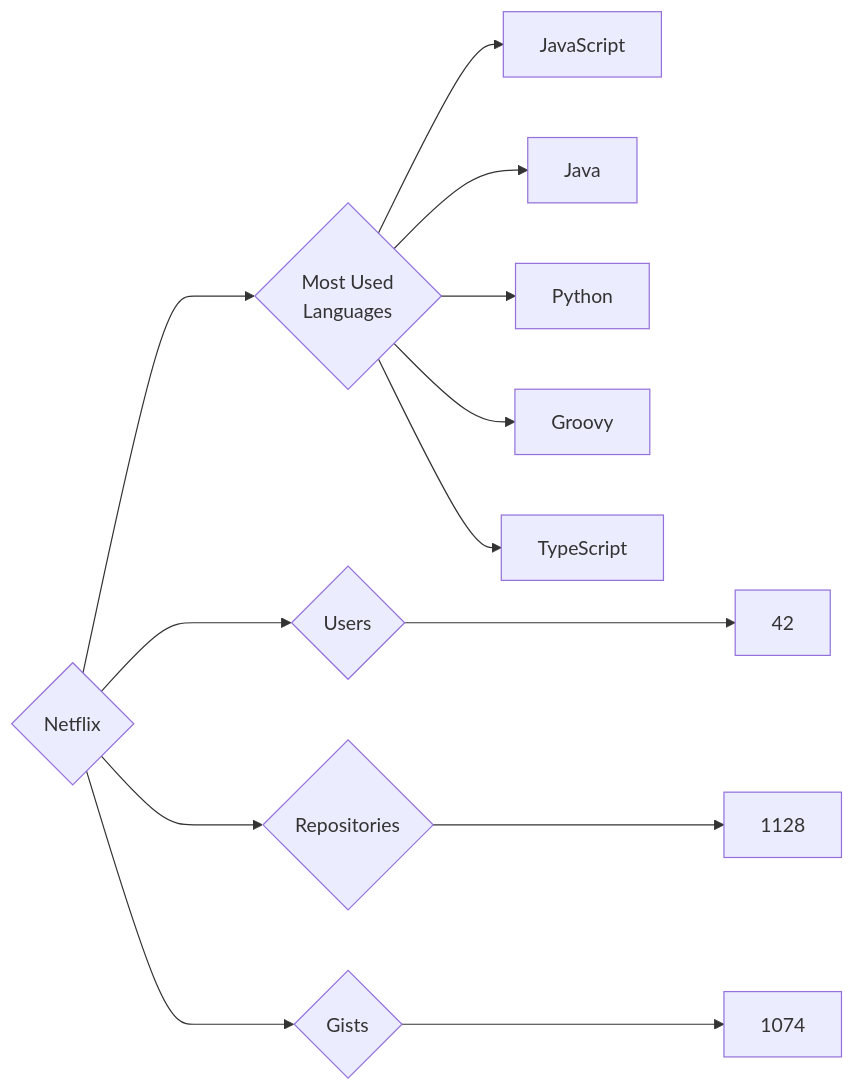
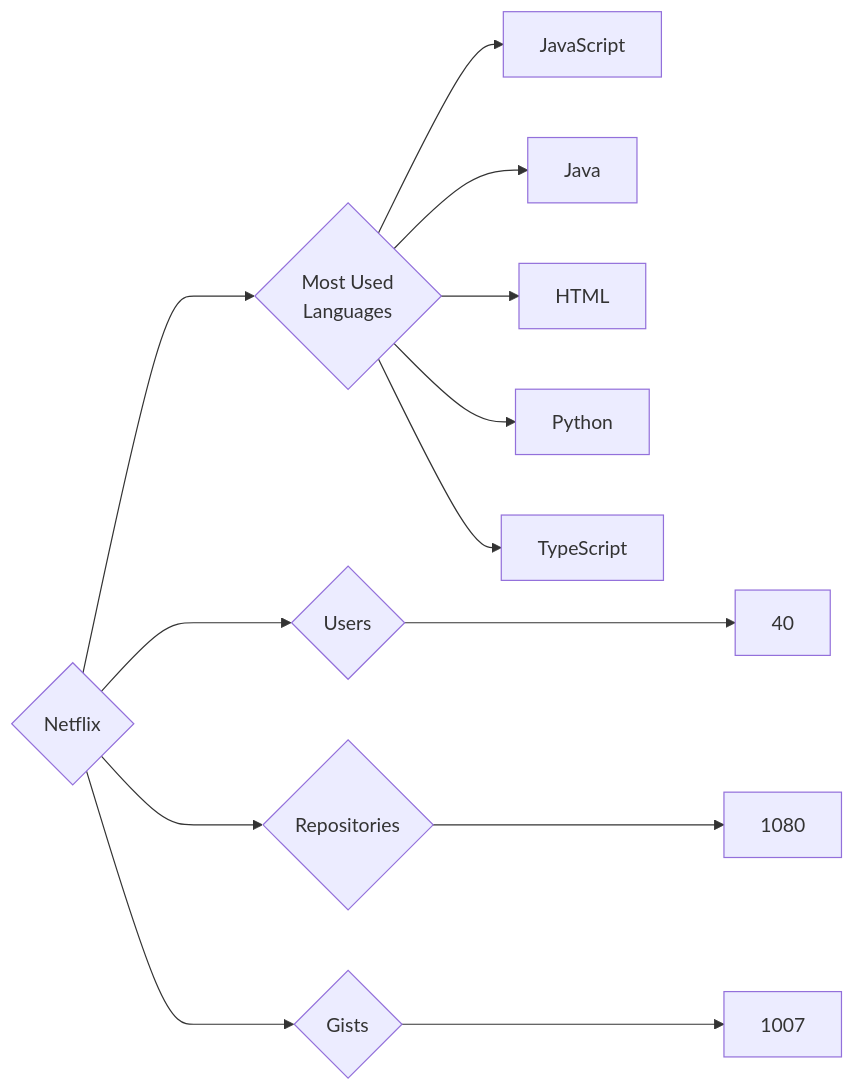
Before and after one commit to trickest/insiders: the diagram in targets/Netflix/README.md, drawn with Mermaid. The commit also changed 995 other files, not shown here.

````diff
--- a/targets/Netflix/README.md
+++ b/targets/Netflix/README.md
@@ -3,13 +3,13 @@
 ```mermaid
 graph LR
 COMPANY_NAME{Netflix}
-COMPANY_NAME ---> U{Users} ---> UN[42]
-COMPANY_NAME ---> R{Repositories} ---> RN[1128]
-COMPANY_NAME ---> G{Gists} ---> GN[1074]
+COMPANY_NAME ---> U{Users} ---> UN[40]
+COMPANY_NAME ---> R{Repositories} ---> RN[1080]
+COMPANY_NAME ---> G{Gists} ---> GN[1007]
 COMPANY_NAME ---> ML{Most Used<br>Languages}
 ML --> JavaScript[JavaScript]
 ML --> Java[Java]
+ML --> HTML[HTML]
 ML --> Python[Python]
-ML --> Groovy[Groovy]
 ML --> TypeScript[TypeScript]
 ```
````
